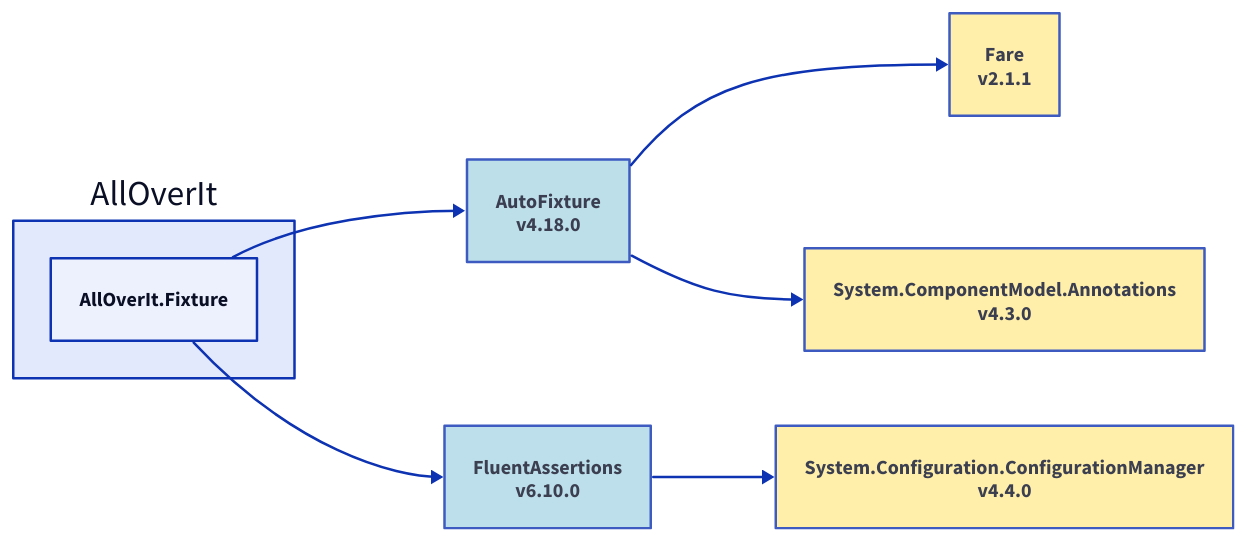
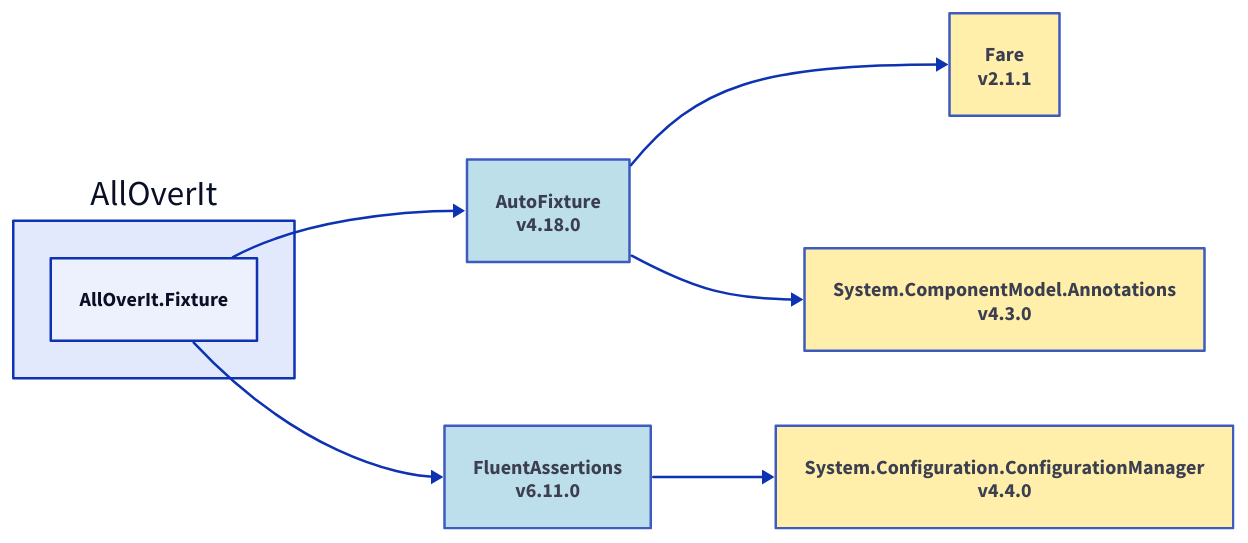
The diagram in Docs/Dependencies/alloverit-fixture.d2 (nickathone/AllOverIt), drawn with D2 before and after one commit. The commit also changed 9 other files, not shown here.

Commit message:
Diagram updates

```diff
--- a/Docs/Dependencies/alloverit-fixture.d2
+++ b/Docs/Dependencies/alloverit-fixture.d2
@@ -1,24 +1,24 @@
 direction: right
 
 aoi: AllOverIt
 aoi.alloverit-fixture: AllOverIt.Fixture
 autofixture_4-18-0: AutoFixture\nv4.18.0
 autofixture_4-18-0.style.fill: "#ADD8E6"
 autofixture_4-18-0.style.opacity: 0.8
 fare_2-1-1: Fare\nv2.1.1
 fare_2-1-1.style.fill: "#FFEC96"
 fare_2-1-1.style.opacity: 0.8
 fare_2-1-1 <- autofixture_4-18-0
 system-componentmodel-annotations_4-3-0: System.ComponentModel.Annotations\nv4.3.0
 system-componentmodel-annotations_4-3-0.style.fill: "#FFEC96"
 system-componentmodel-annotations_4-3-0.style.opacity: 0.8
 system-componentmodel-annotations_4-3-0 <- autofixture_4-18-0
 autofixture_4-18-0 <- aoi.alloverit-fixture
-fluentassertions_6-10-0: FluentAssertions\nv6.10.0
-fluentassertions_6-10-0.style.fill: "#ADD8E6"
-fluentassertions_6-10-0.style.opacity: 0.8
+fluentassertions_6-11-0: FluentAssertions\nv6.11.0
+fluentassertions_6-11-0.style.fill: "#ADD8E6"
+fluentassertions_6-11-0.style.opacity: 0.8
 system-configuration-configurationmanager_4-4-0: System.Configuration.ConfigurationManager\nv4.4.0
 system-configuration-configurationmanager_4-4-0.style.fill: "#FFEC96"
 system-configuration-configurationmanager_4-4-0.style.opacity: 0.8
-system-configuration-configurationmanager_4-4-0 <- fluentassertions_6-10-0
-fluentassertions_6-10-0 <- aoi.alloverit-fixture
+system-configuration-configurationmanager_4-4-0 <- fluentassertions_6-11-0
+fluentassertions_6-11-0 <- aoi.alloverit-fixture
```
